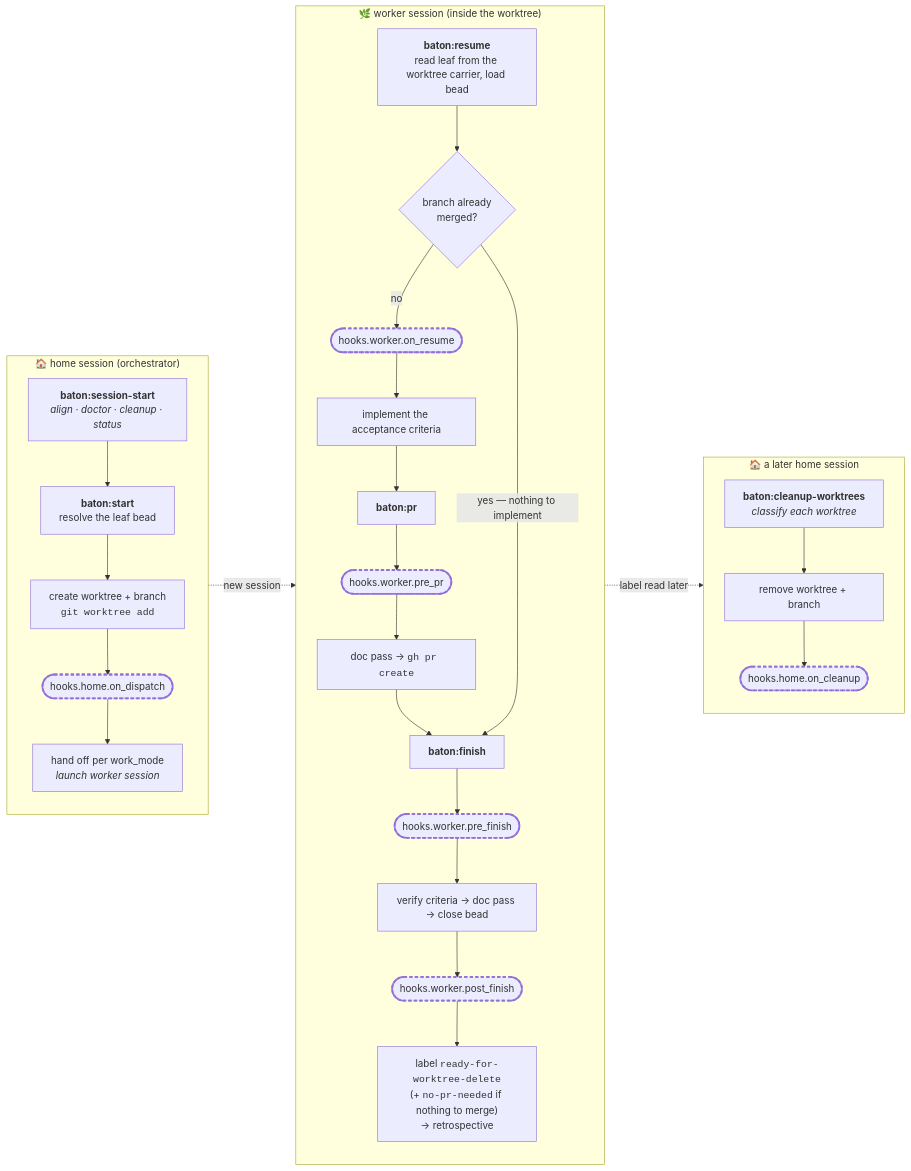
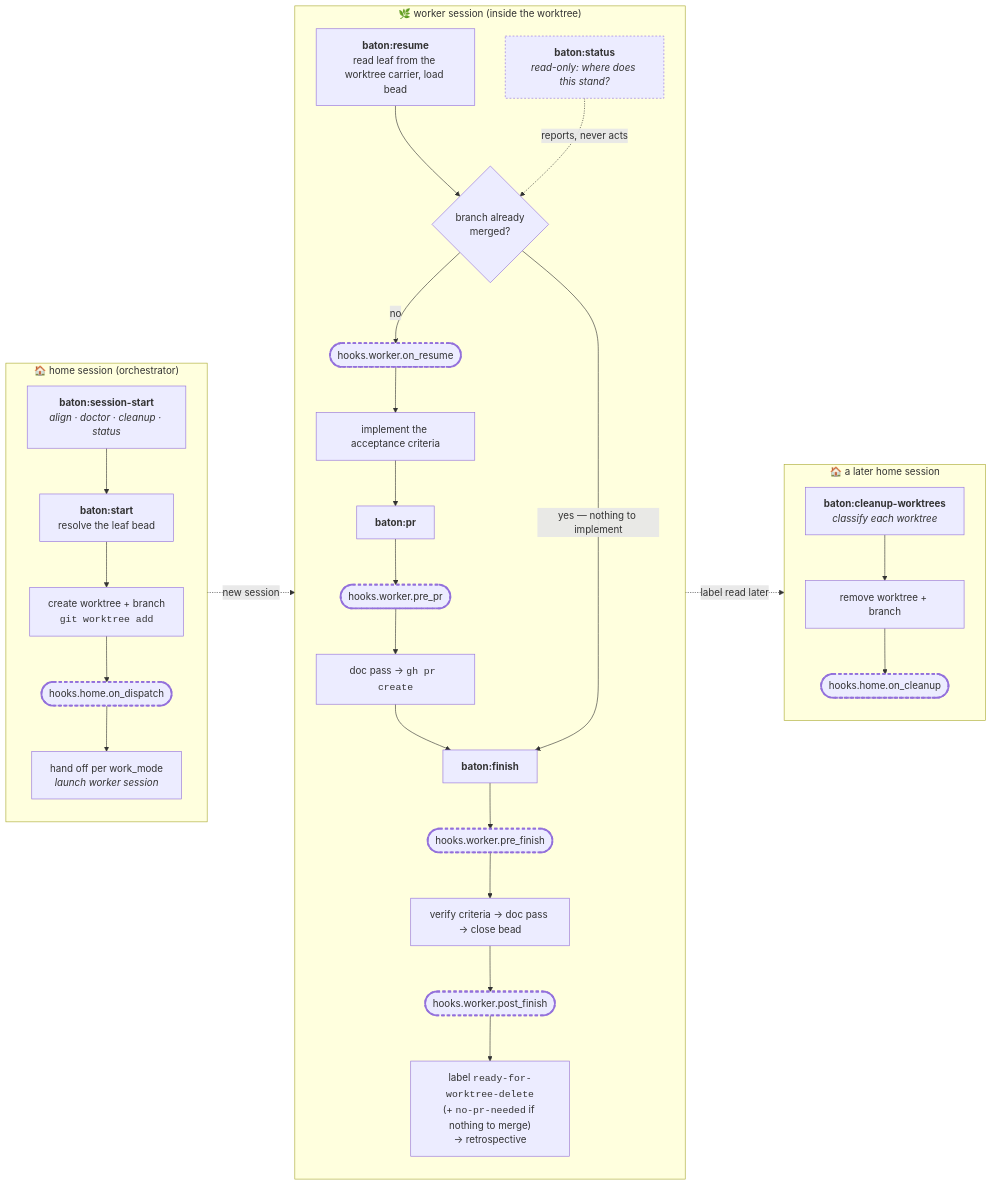
One commit to jhuizingh/maestro changed the diagram in baton/README.md. Above: the diagram before and after it, drawn with Mermaid. The commit also changed other lines of this file and 11 other files, not shown here.

````diff
--- a/baton/README.md
+++ b/baton/README.md
@@ -95,45 +95,49 @@
 ```mermaid
 flowchart LR
     subgraph HOME["🏠 home session (orchestrator)"]
         direction TB
         SS["<b>baton:session-start</b><br/><i>align · doctor · cleanup · status</i>"]
         ST1["<b>baton:start</b><br/>resolve the leaf bead"]
         ST2["create worktree + branch<br/><code>git worktree add</code>"]
         HD(["hooks.home.on_dispatch"])
         ST3["hand off per work_mode<br/><i>launch worker session</i>"]
         SS --> ST1 --> ST2 --> HD --> ST3
     end
 
     subgraph WORKER["🌿 worker session (inside the worktree)"]
         direction TB
         RS["<b>baton:resume</b><br/>read leaf from the worktree carrier, load bead"]
         MC{"branch already<br/>merged?"}
         WR(["hooks.worker.on_resume"])
         IMPL["implement the acceptance criteria"]
         PR1["<b>baton:pr</b>"]
         WP(["hooks.worker.pre_pr"])
         PR2["doc pass → <code>gh pr create</code>"]
         FI1["<b>baton:finish</b>"]
         WF(["hooks.worker.pre_finish"])
         FI2["verify criteria → doc pass → close bead"]
         WPF(["hooks.worker.post_finish"])
         FI3["label <code>ready-for-worktree-delete</code><br/>(+ <code>no-pr-needed</code> if nothing to merge)<br/>→ retrospective"]
+        STA["<b>baton:status</b><br/><i>read-only: where does this stand?</i>"]
         RS --> MC
         MC -->|no| WR --> IMPL --> PR1 --> WP --> PR2 --> FI1 --> WF --> FI2 --> WPF --> FI3
         MC -->|"yes — nothing to implement"| FI1
+        STA -.->|"reports, never acts"| MC
     end
 
     subgraph LATER["🏠 a later home session"]
         direction TB
         CW["<b>baton:cleanup-worktrees</b><br/><i>classify each worktree</i>"]
         CW2["remove worktree + branch"]
         HC(["hooks.home.on_cleanup"])
         CW --> CW2 --> HC
     end
 
     ST3 -.->|new session| RS
     FI3 -.->|"label read later"| CW
 
     classDef hook stroke-width:3px,stroke-dasharray:5 4;
     class HD,HC,WR,WP,WF,WPF hook;
+    classDef readonly stroke-dasharray:3 3;
+    class STA readonly;
 ```
````
